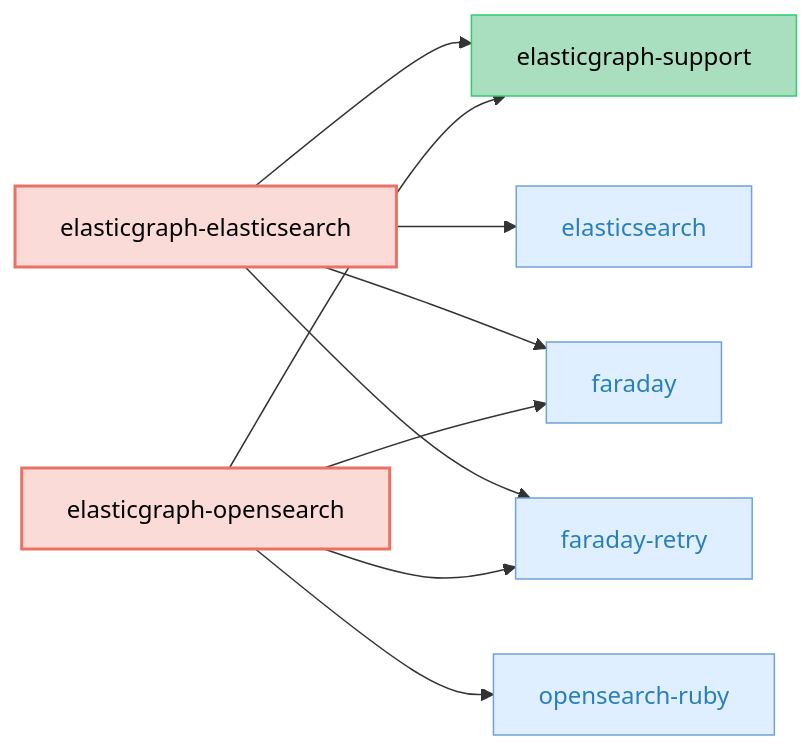
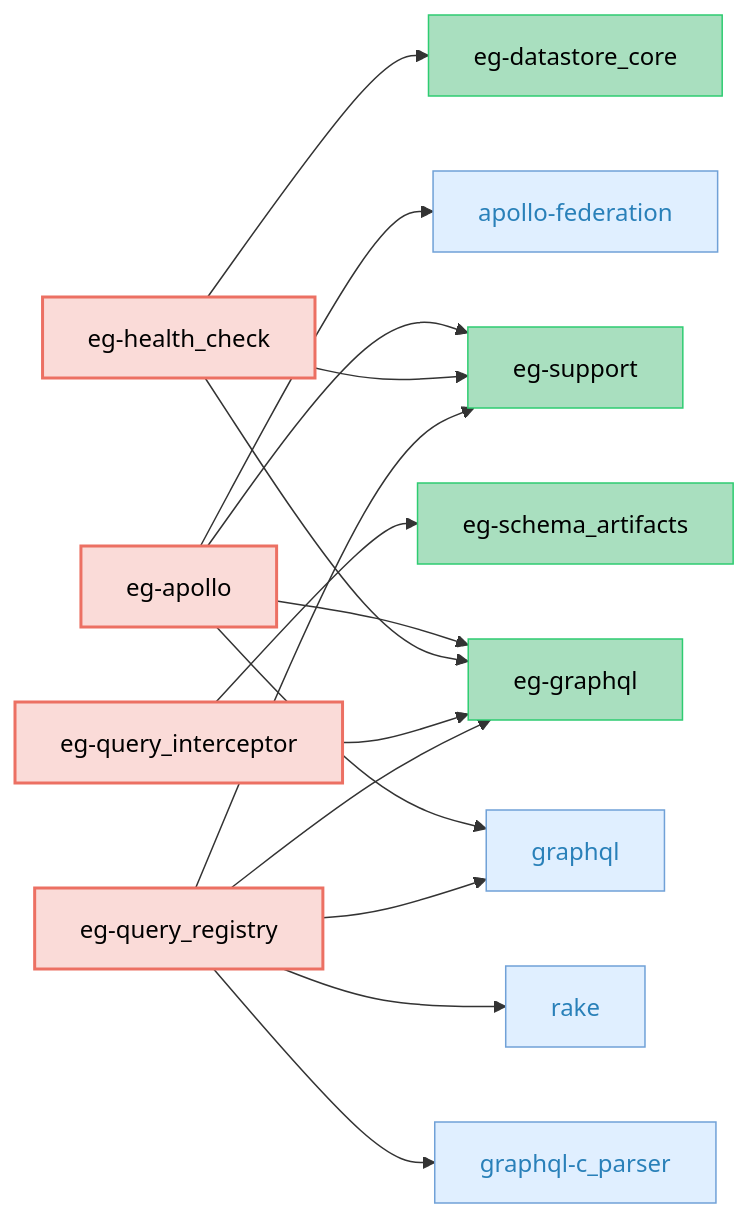
One commit to ciaran51/elasticgraph changed the fourth of 5 diagrams in CODEBASE_OVERVIEW.md. Above: the diagram before and after it, drawn with Mermaid. The commit also changed other lines of this file and 3 other files, not shown here.

````diff
--- a/CODEBASE_OVERVIEW.md
+++ b/CODEBASE_OVERVIEW.md
@@ -225,32 +214,48 @@
 ```mermaid
 graph LR;
     classDef targetGemStyle fill:#FADBD8,stroke:#EC7063,color:#000,stroke-width:2px;
     classDef otherEgGemStyle fill:#A9DFBF,stroke:#2ECC71,color:#000;
     classDef externalGemCatStyle fill:#E0EFFF,stroke:#70A1D7,color:#2980B9;
-    elasticgraph-elasticsearch["elasticgraph-elasticsearch"];
-    elasticgraph-support["elasticgraph-support"];
-    elasticsearch["elasticsearch"];
-    faraday["faraday"];
-    faraday-retry["faraday-retry"];
-    elasticgraph-opensearch["elasticgraph-opensearch"];
-    opensearch-ruby["opensearch-ruby"];
-    elasticgraph-elasticsearch --> elasticgraph-support;
-    elasticgraph-elasticsearch --> elasticsearch;
-    elasticgraph-elasticsearch --> faraday;
-    elasticgraph-elasticsearch --> faraday-retry;
-    elasticgraph-opensearch --> elasticgraph-support;
-    elasticgraph-opensearch --> faraday;
-    elasticgraph-opensearch --> faraday-retry;
-    elasticgraph-opensearch --> opensearch-ruby;
-    class elasticgraph-elasticsearch targetGemStyle;
+    elasticgraph-apollo["eg-apollo"];
+    elasticgraph-graphql["eg-graphql"];
+    elasticgraph-support["eg-support"];
+    graphql["graphql"];
+    apollo-federation["apollo-federation"];
+    elasticgraph-health_check["eg-health_check"];
+    elasticgraph-datastore_core["eg-datastore_core"];
+    elasticgraph-query_interceptor["eg-query_interceptor"];
+    elasticgraph-schema_artifacts["eg-schema_artifacts"];
+    elasticgraph-query_registry["eg-query_registry"];
+    graphql-c_parser["graphql-c_parser"];
+    rake["rake"];
+    elasticgraph-apollo --> elasticgraph-graphql;
+    elasticgraph-apollo --> elasticgraph-support;
+    elasticgraph-apollo --> graphql;
+    elasticgraph-apollo --> apollo-federation;
+    elasticgraph-health_check --> elasticgraph-datastore_core;
+    elasticgraph-health_check --> elasticgraph-graphql;
+    elasticgraph-health_check --> elasticgraph-support;
+    elasticgraph-query_interceptor --> elasticgraph-graphql;
+    elasticgraph-query_interceptor --> elasticgraph-schema_artifacts;
+    elasticgraph-query_registry --> elasticgraph-graphql;
+    elasticgraph-query_registry --> elasticgraph-support;
+    elasticgraph-query_registry --> graphql;
+    elasticgraph-query_registry --> graphql-c_parser;
+    elasticgraph-query_registry --> rake;
+    class elasticgraph-apollo targetGemStyle;
+    class elasticgraph-graphql otherEgGemStyle;
     class elasticgraph-support otherEgGemStyle;
-    class elasticsearch externalGemCatStyle;
-    class faraday externalGemCatStyle;
-    class faraday-retry externalGemCatStyle;
-    class elasticgraph-opensearch targetGemStyle;
-    class opensearch-ruby externalGemCatStyle;
-    click elasticsearch href "https://rubygems.org/gems/elasticsearch" "Open on RubyGems.org" _blank;
-    click faraday href "https://rubygems.org/gems/faraday" "Open on RubyGems.org" _blank;
-    click faraday-retry href "https://rubygems.org/gems/faraday-retry" "Open on RubyGems.org" _blank;
-    click opensearch-ruby href "https://rubygems.org/gems/opensearch-ruby" "Open on RubyGems.org" _blank;
+    class graphql externalGemCatStyle;
+    class apollo-federation externalGemCatStyle;
+    class elasticgraph-health_check targetGemStyle;
+    class elasticgraph-datastore_core otherEgGemStyle;
+    class elasticgraph-query_interceptor targetGemStyle;
+    class elasticgraph-schema_artifacts otherEgGemStyle;
+    class elasticgraph-query_registry targetGemStyle;
+    class graphql-c_parser externalGemCatStyle;
+    class rake externalGemCatStyle;
+    click graphql href "https://rubygems.org/gems/graphql" "Open on RubyGems.org" _blank;
+    click apollo-federation href "https://rubygems.org/gems/apollo-federation" "Open on RubyGems.org" _blank;
+    click graphql-c_parser href "https://rubygems.org/gems/graphql-c_parser" "Open on RubyGems.org" _blank;
+    click rake href "https://rubygems.org/gems/rake" "Open on RubyGems.org" _blank;
 ```
````
